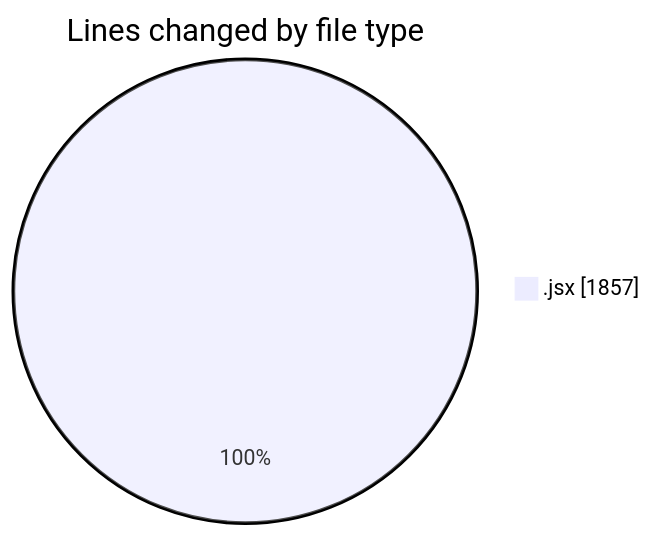
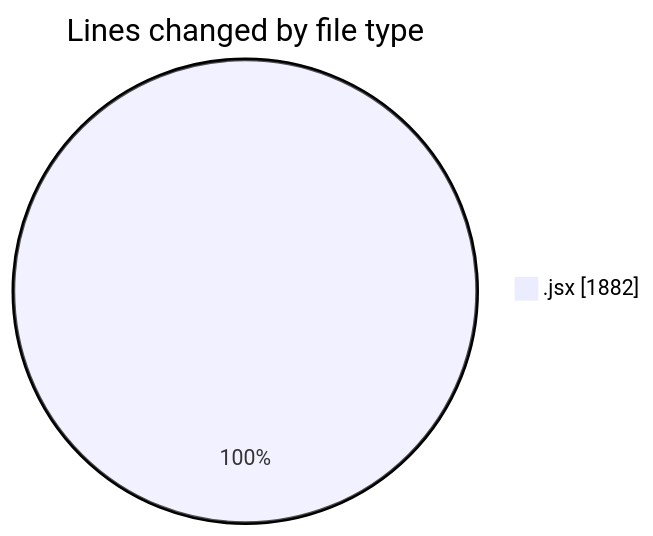
Before and after one commit to nxtqubesakshisongat/code-tracking: the first of 2 diagrams in 2025-05-26/nxtqube_webapp/README.md, drawn with Mermaid. The commit also changed other lines of this file and 1 other file, not shown here.

````diff
--- a/2025-05-26/nxtqube_webapp/README.md
+++ b/2025-05-26/nxtqube_webapp/README.md
@@ -20,5 +20,5 @@
 ```mermaid
 pie showData
 title Lines changed by file type
-".jsx" : 1857
+".jsx" : 1882
 ```
````
